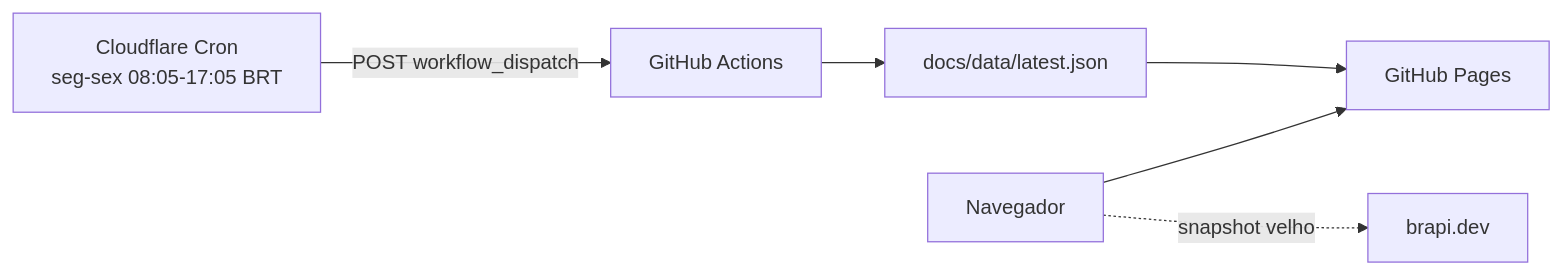
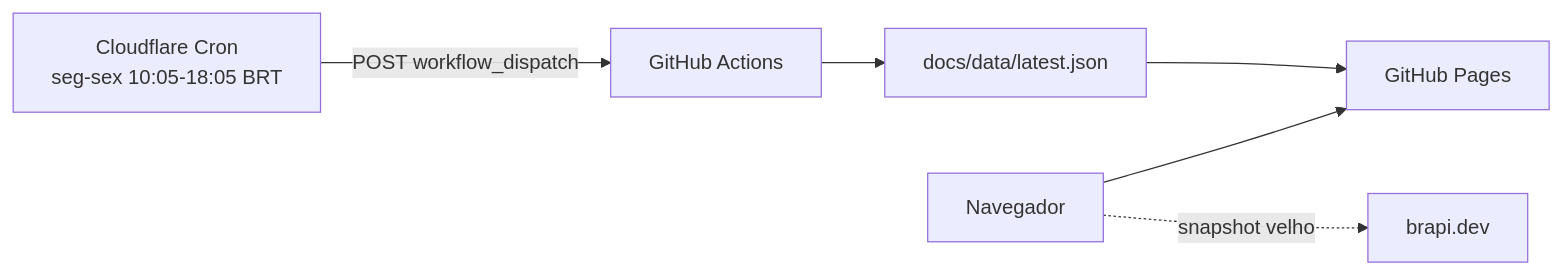
The diagram in cloudflare/README.md (fabianoflorentino/stckcraw), drawn with Mermaid before and after one commit. The commit also changed other lines of this file and 8 other files, not shown here.

````diff
--- a/cloudflare/README.md
+++ b/cloudflare/README.md
@@ -5,8 +5,8 @@
 ```mermaid
 flowchart LR
-  cf["Cloudflare Cron<br/>seg-sex 08:05-17:05 BRT"] -->|POST workflow_dispatch| gh["GitHub Actions"]
+  cf["Cloudflare Cron<br/>seg-sex 10:05-18:05 BRT"] -->|POST workflow_dispatch| gh["GitHub Actions"]
   gh --> snapshot["docs/data/latest.json"]
   snapshot --> pages["GitHub Pages"]
   browser["Navegador"] --> pages
   browser -.->|snapshot velho| brapi["brapi.dev"]
 ```
````
